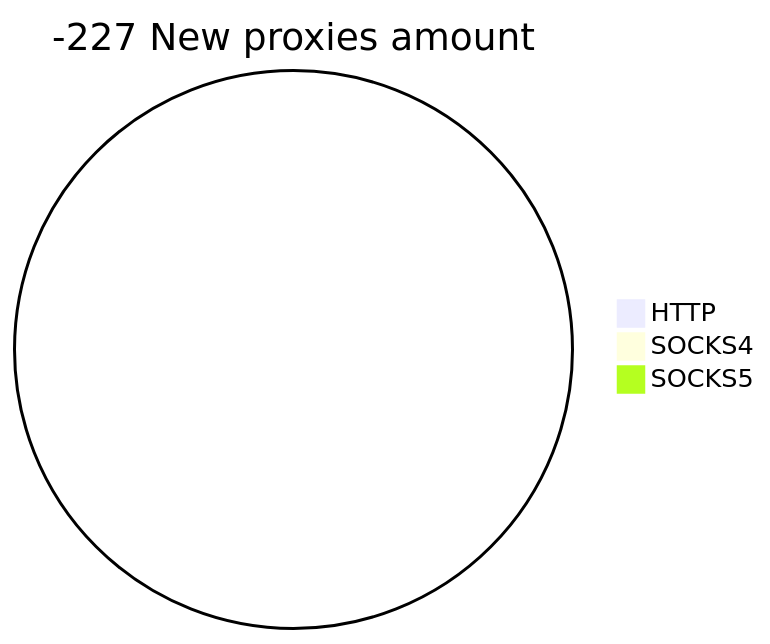
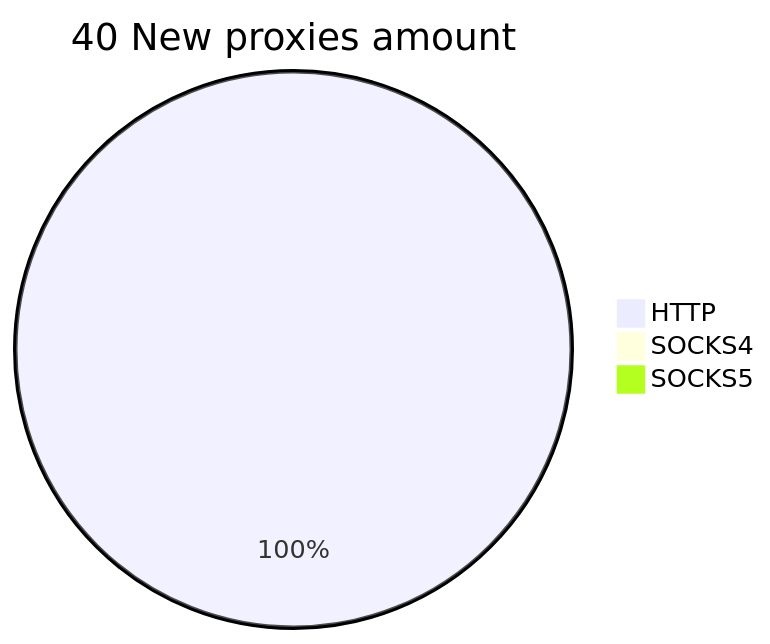
One commit to cutipu/proxylist changed the second of 2 diagrams in README.md. Above: the diagram before and after it, drawn with Mermaid. The commit also changed other lines of this file, not shown here.

````diff
--- a/README.md
+++ b/README.md
@@ -10,6 +10,6 @@
 ```mermaid
-pie title -227 New proxies amount
-    "HTTP" : 0
+pie title 40 New proxies amount
+    "HTTP" : 42
     "SOCKS4" : 0
     "SOCKS5" : 0
 ```
````
